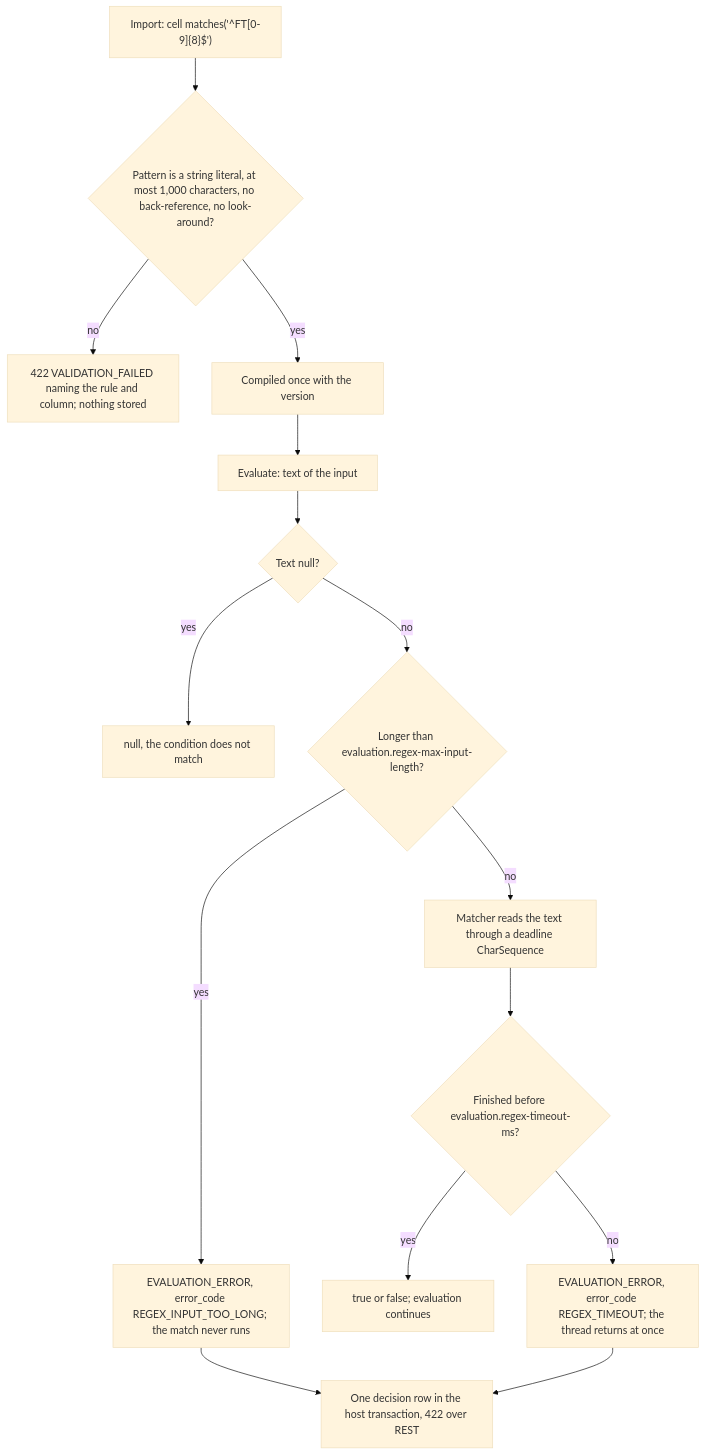
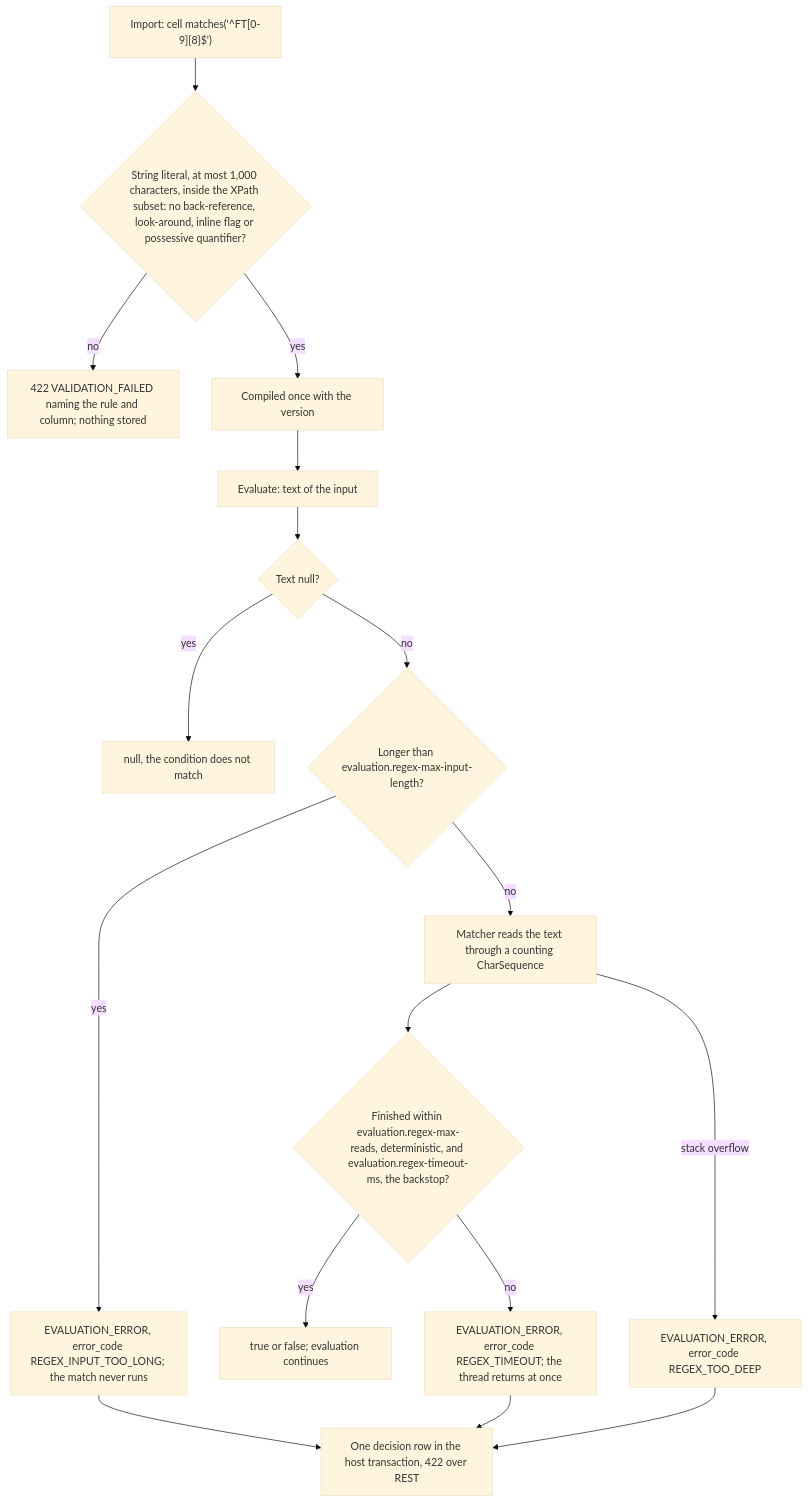
One commit to dhluong90/horus-Agentic-BPM changed the diagram in rule-engine/docs/diagrams/regex-bounds.mmd. Above: the diagram before and after it, drawn with Mermaid (base theme). The commit also changed 20 other files, not shown here.

First line of the commit message:
feat(rule-engine): deterministic read budget and XPath dialect for matches (#20)

```diff
--- a/rule-engine/docs/diagrams/regex-bounds.mmd
+++ b/rule-engine/docs/diagrams/regex-bounds.mmd
@@ -1,15 +1,17 @@
 flowchart TD
-  A["Import: cell matches('^FT[0-9]{8}$')"] --> B{"Pattern is a string literal, at most 1,000 characters, no back-reference, no look-around?"}
+  A["Import: cell matches('^FT[0-9]{8}$')"] --> B{"String literal, at most 1,000 characters, inside the XPath subset: no back-reference, look-around, inline flag or possessive quantifier?"}
   B -- no --> C["422 VALIDATION_FAILED naming the rule and column; nothing stored"]
   B -- yes --> D["Compiled once with the version"]
   D --> E["Evaluate: text of the input"]
   E --> F{"Text null?"}
   F -- yes --> G["null, the condition does not match"]
   F -- no --> H{"Longer than evaluation.regex-max-input-length?"}
   H -- yes --> I["EVALUATION_ERROR, error_code REGEX_INPUT_TOO_LONG; the match never runs"]
-  H -- no --> J["Matcher reads the text through a deadline CharSequence"]
-  J --> K{"Finished before evaluation.regex-timeout-ms?"}
+  H -- no --> J["Matcher reads the text through a counting CharSequence"]
+  J --> K{"Finished within evaluation.regex-max-reads, deterministic, and evaluation.regex-timeout-ms, the backstop?"}
   K -- yes --> L["true or false; evaluation continues"]
   K -- no --> M["EVALUATION_ERROR, error_code REGEX_TIMEOUT; the thread returns at once"]
+  J -- stack overflow --> O["EVALUATION_ERROR, error_code REGEX_TOO_DEEP"]
+  O --> N
   I --> N["One decision row in the host transaction, 422 over REST"]
   M --> N
```
